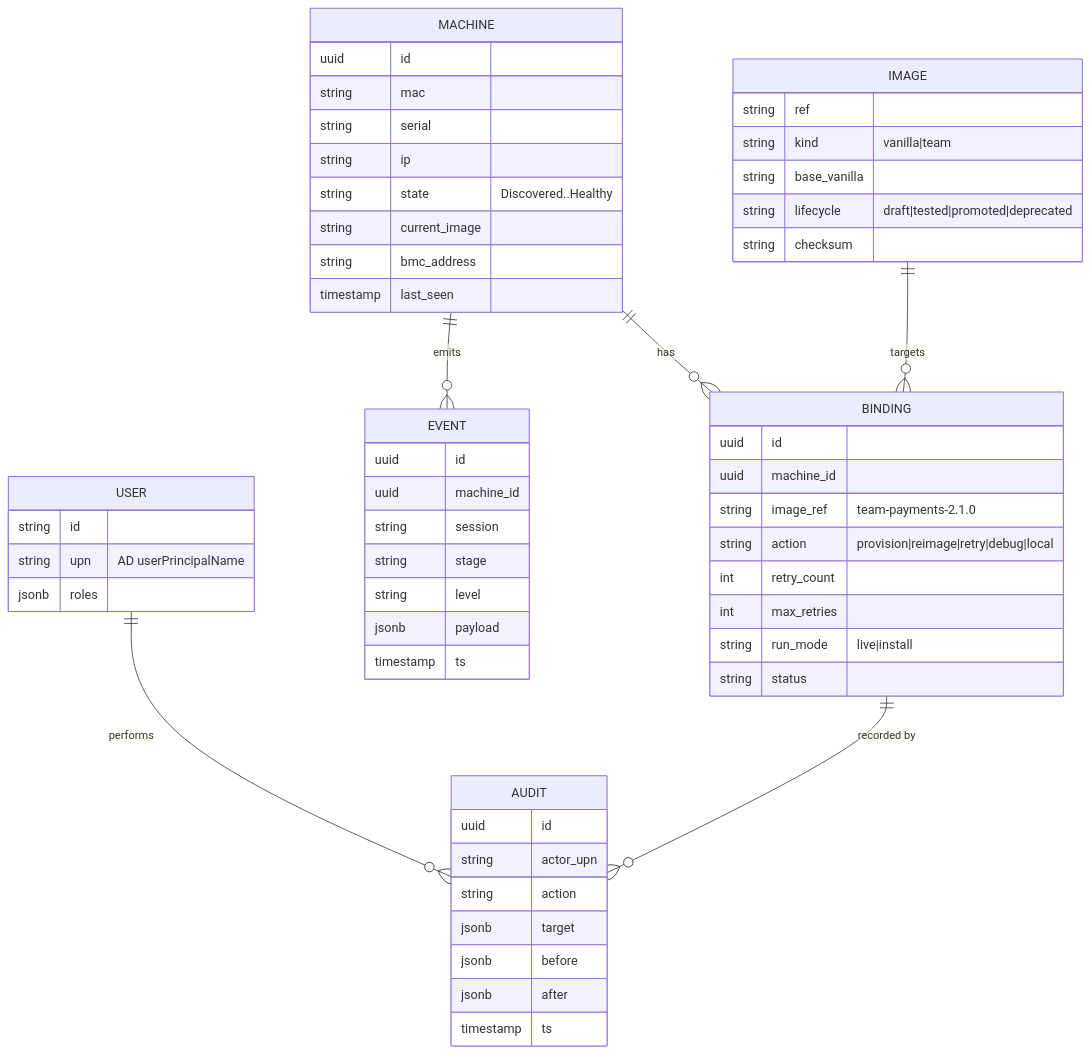
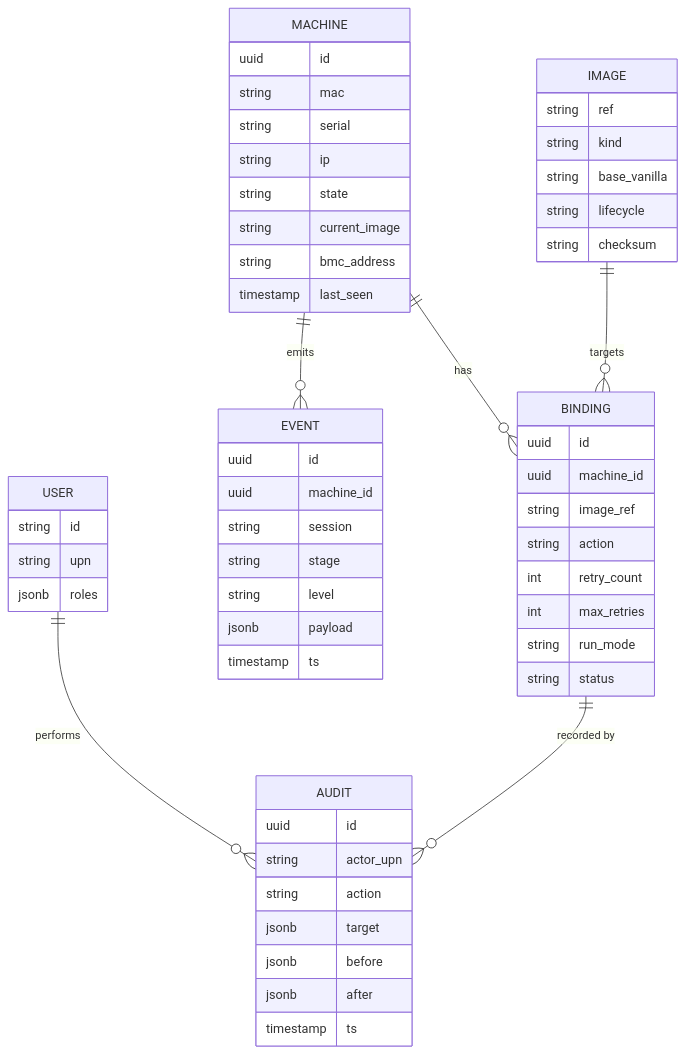
The first of 2 diagrams in docs/05-control-plane-and-ui.md (Manikanta-Reddy-Pasala/PXE-Boot-Design), drawn with Mermaid before and after one commit. The commit also changed other lines of this file and 11 other files, not shown here.

````diff
--- a/docs/05-control-plane-and-ui.md
+++ b/docs/05-control-plane-and-ui.md
@@ -21,59 +15,59 @@
 ```mermaid
 erDiagram
   MACHINE ||--o{ BINDING : has
   MACHINE ||--o{ EVENT : emits
   IMAGE ||--o{ BINDING : targets
   USER ||--o{ AUDIT : performs
   BINDING ||--o{ AUDIT : "recorded by"
 
   MACHINE {
     uuid id
     string mac
     string serial
     string ip
-    string state          "Discovered..Healthy"
+    string state
     string current_image
     string bmc_address
     timestamp last_seen
   }
   BINDING {
     uuid id
     uuid machine_id
-    string image_ref       "team-payments-2.1.0"
-    string action          "provision|reimage|retry|debug|local"
+    string image_ref
+    string action
     int retry_count
     int max_retries
-    string run_mode        "live|install"
+    string run_mode
     string status
   }
   IMAGE {
     string ref
-    string kind            "vanilla|team"
+    string kind
     string base_vanilla
-    string lifecycle       "draft|tested|promoted|deprecated"
+    string lifecycle
     string checksum
   }
   EVENT {
     uuid id
     uuid machine_id
     string session
     string stage
     string level
     jsonb payload
     timestamp ts
   }
   USER {
     string id
-    string upn             "AD userPrincipalName"
+    string upn
     jsonb roles
   }
   AUDIT {
     uuid id
     string actor_upn
     string action
     jsonb target
     jsonb before
     jsonb after
     timestamp ts
   }
 ```
````
